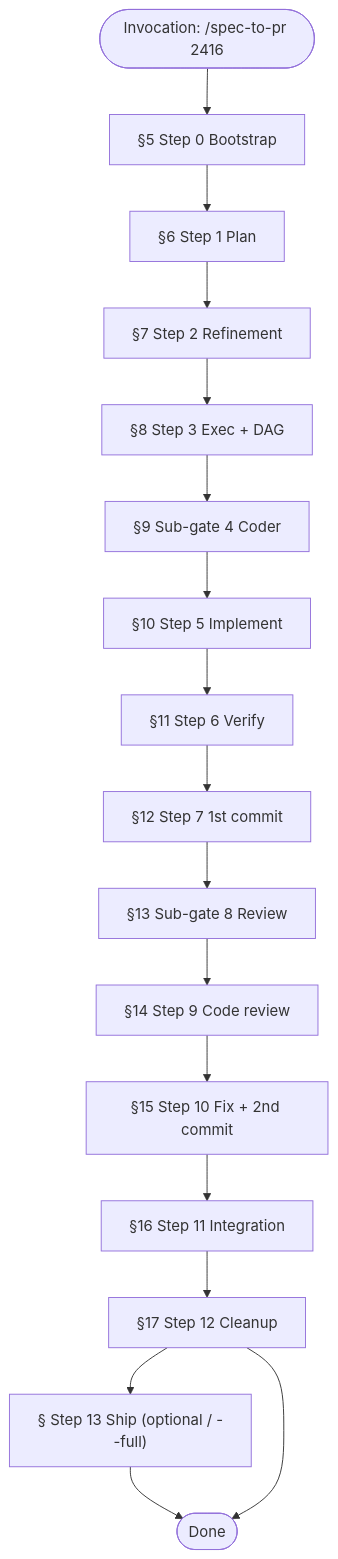
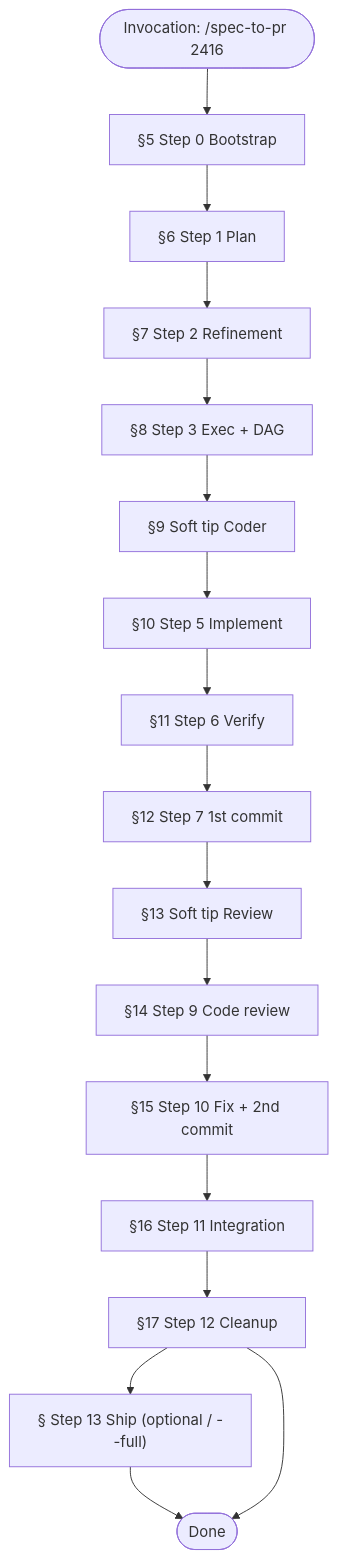
Before and after one commit to jpolvora/workflow-skills: the diagram in .agents/skills/spec-to-pr/docs/faq.md, drawn with Mermaid. The commit also changed other lines of this file and 11 other files, not shown here.

````diff
--- a/.agents/skills/spec-to-pr/docs/faq.md
+++ b/.agents/skills/spec-to-pr/docs/faq.md
@@ -105,19 +105,19 @@
 ```mermaid
 flowchart TD
     START(["Invocation: /spec-to-pr 2416"]) --> S0["§5 Step 0 Bootstrap"]
     S0 --> S1["§6 Step 1 Plan"]
     S1 --> S2["§7 Step 2 Refinement"]
     S2 --> S3["§8 Step 3 Exec + DAG"]
-    S3 --> SG4["§9 Sub-gate 4 Coder"]
+    S3 --> SG4["§9 Soft tip Coder"]
     SG4 --> S5["§10 Step 5 Implement"]
     S5 --> S6["§11 Step 6 Verify"]
     S6 --> S7["§12 Step 7 1st commit"]
-    S7 --> SG8["§13 Sub-gate 8 Review"]
+    S7 --> SG8["§13 Soft tip Review"]
     SG8 --> S9["§14 Step 9 Code review"]
     S9 --> S10["§15 Step 10 Fix + 2nd commit"]
     S10 --> S11["§16 Step 11 Integration"]
     S11 --> S12["§17 Step 12 Cleanup"]
     S12 --> S13["§ Step 13 Ship (optional / --full)"]
     S13 --> END(["Done"])
     S12 --> END
 ```
````
